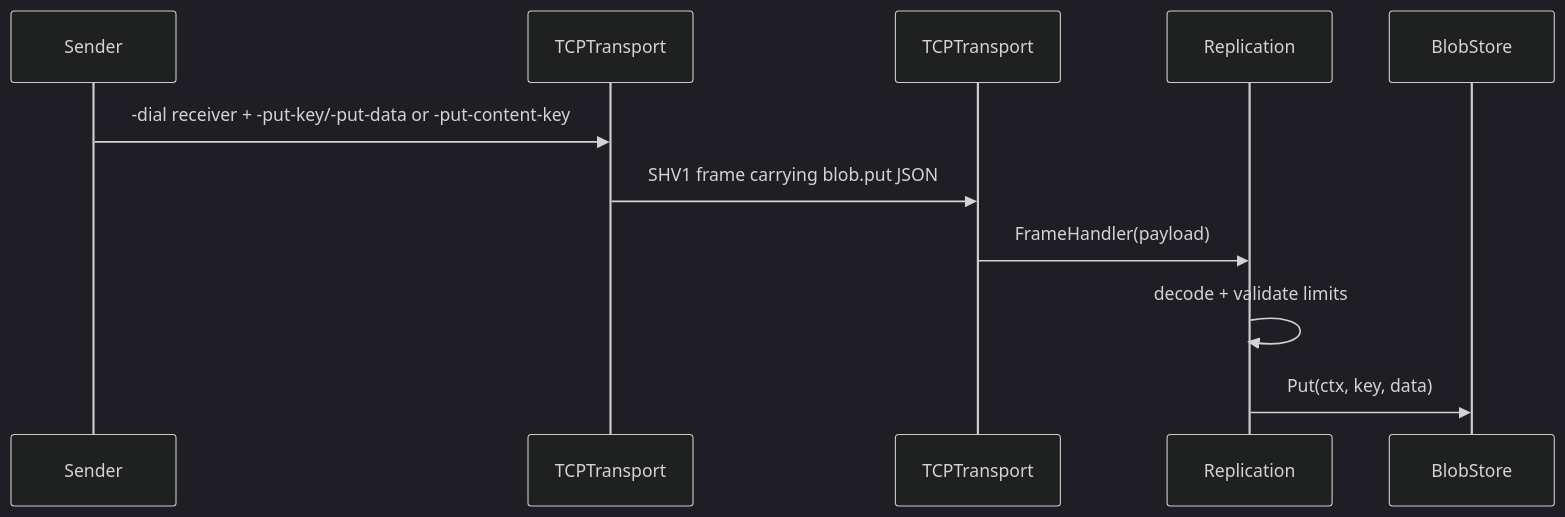
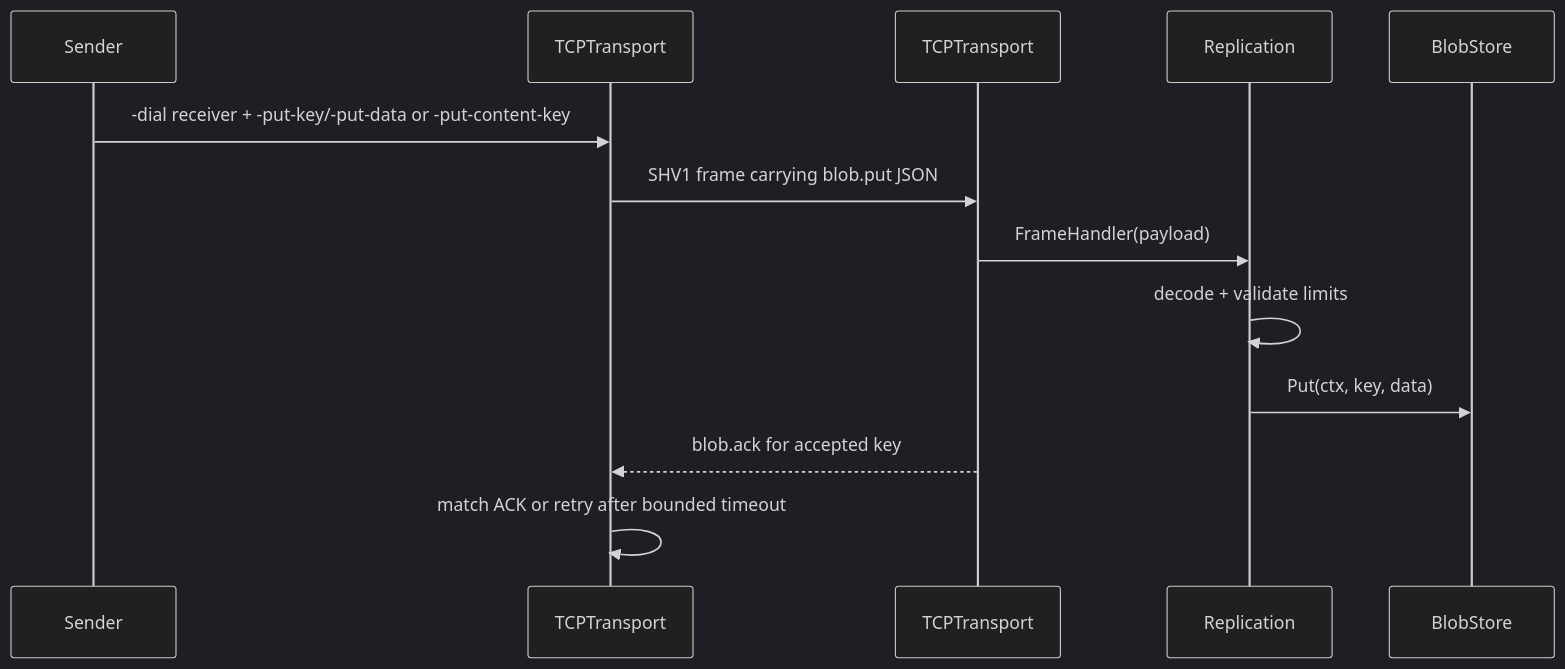
The fourth of 4 diagrams in docs/ARCHITECTURE.md (AliSinaDevelo/StreamHive), drawn with Mermaid (dark theme) before and after one commit. The commit also changed other lines of this file and 5 other files, not shown here.

````diff
--- a/docs/ARCHITECTURE.md
+++ b/docs/ARCHITECTURE.md
@@ -125,14 +125,16 @@
 ```mermaid
 sequenceDiagram
   participant Sender
   participant SenderTransport as TCPTransport
   participant ReceiverTransport as TCPTransport
   participant Replication
   participant Store as BlobStore
 
   Sender->>SenderTransport: -dial receiver + -put-key/-put-data or -put-content-key
   SenderTransport->>ReceiverTransport: SHV1 frame carrying blob.put JSON
   ReceiverTransport->>Replication: FrameHandler(payload)
   Replication->>Replication: decode + validate limits
   Replication->>Store: Put(ctx, key, data)
+  ReceiverTransport-->>SenderTransport: blob.ack for accepted key
+  SenderTransport->>SenderTransport: match ACK or retry after bounded timeout
 ```
````
